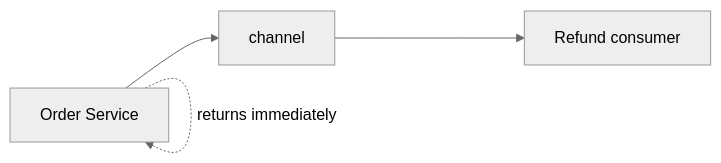
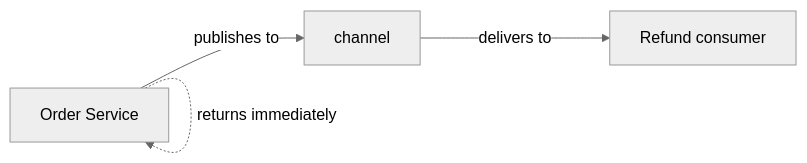
Before and after one commit to vinayakuber/microservices-io-study-guide: diagram 13 of 13 in docs/ch05-messaging.md, drawn with Mermaid (neutral theme). The commit also changed other lines of this file and 71 other files, not shown here.

First line of the commit message:
R18: label every diagram arrow with its meaning

````diff
--- a/docs/ch05-messaging.md
+++ b/docs/ch05-messaging.md
@@ -490,6 +490,6 @@
 ```mermaid
 flowchart LR
-  SVC["Order Service"] --> BRK["channel"]
-  BRK --> CON["Refund consumer"]
+  SVC["Order Service"] -->|"publishes to"| BRK["channel"]
+  BRK -->|"delivers to"| CON["Refund consumer"]
   SVC -. "returns immediately" .-> SVC
 ```
````
